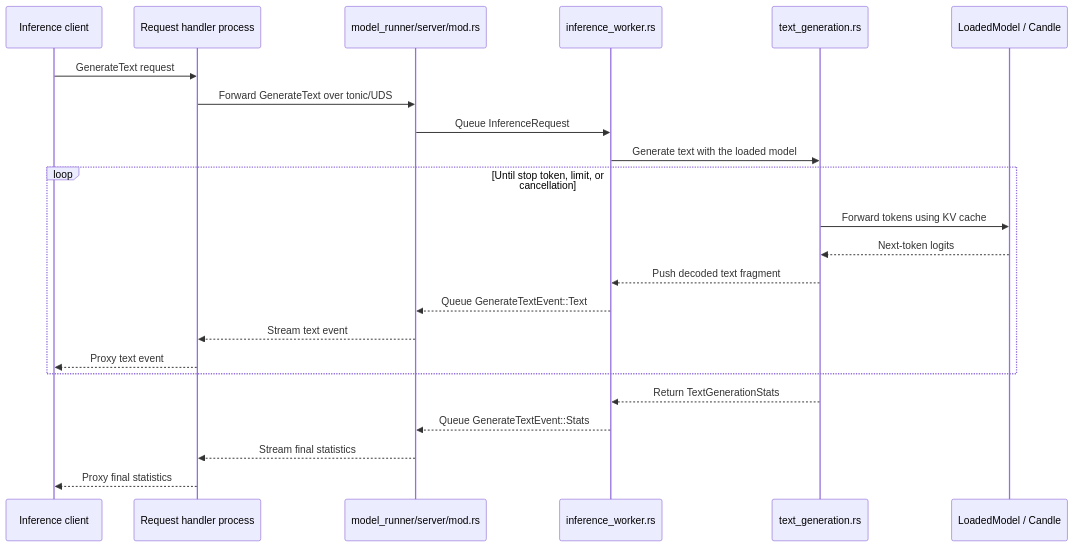
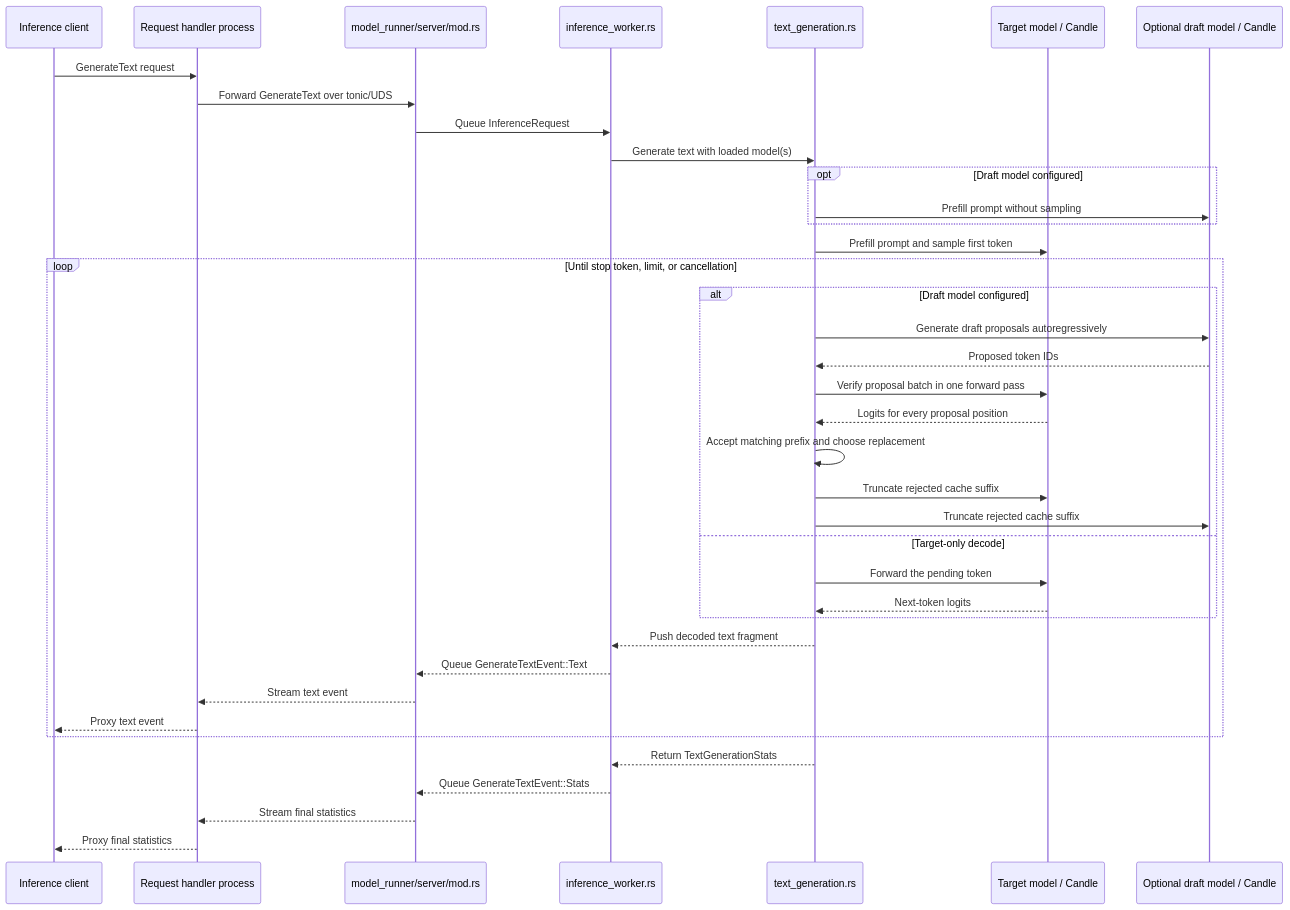
The second of 2 diagrams in src/model_runner/README.md (lun0522/mini-vllm-rs), drawn with Mermaid before and after one commit. The commit also changed other lines of this file and 2 other files, not shown here.

Commit message:
Docs: Refresh runtime and architecture documentation
- Explain the two-process serving design and outline its future evolution.
- Document Candle’s CPU thread-count environment variables.
- Update model-loader documentation for metadata-driven KV-cache allocation.
- Expand the model-runner flow to cover configurable caches and speculative decoding.

````diff
--- a/src/model_runner/README.md
+++ b/src/model_runner/README.md
@@ -50,26 +55,41 @@
 ```mermaid
 sequenceDiagram
     participant Caller as Inference client
     participant Handler as Request handler process
     participant Rpc as model_runner/server/mod.rs
     participant Worker as inference_worker.rs
     participant Decode as text_generation.rs
-    participant Model as LoadedModel / Candle
+    participant Target as Target model / Candle
+    participant Draft as Optional draft model / Candle
 
     Caller->>Handler: GenerateText request
     Handler->>Rpc: Forward GenerateText over tonic/UDS
     Rpc->>Worker: Queue InferenceRequest
-    Worker->>Decode: Generate text with the loaded model
+    Worker->>Decode: Generate text with loaded model(s)
+    opt Draft model configured
+        Decode->>Draft: Prefill prompt without sampling
+    end
+    Decode->>Target: Prefill prompt and sample first token
     loop Until stop token, limit, or cancellation
-        Decode->>Model: Forward tokens using KV cache
-        Model-->>Decode: Next-token logits
+        alt Draft model configured
+            Decode->>Draft: Generate draft proposals autoregressively
+            Draft-->>Decode: Proposed token IDs
+            Decode->>Target: Verify proposal batch in one forward pass
+            Target-->>Decode: Logits for every proposal position
+            Decode->>Decode: Accept matching prefix and choose replacement
+            Decode->>Target: Truncate rejected cache suffix
+            Decode->>Draft: Truncate rejected cache suffix
+        else Target-only decode
+            Decode->>Target: Forward the pending token
+            Target-->>Decode: Next-token logits
+        end
         Decode-->>Worker: Push decoded text fragment
         Worker-->>Rpc: Queue GenerateTextEvent::Text
         Rpc-->>Handler: Stream text event
         Handler-->>Caller: Proxy text event
     end
     Decode-->>Worker: Return TextGenerationStats
     Worker-->>Rpc: Queue GenerateTextEvent::Stats
     Rpc-->>Handler: Stream final statistics
     Handler-->>Caller: Proxy final statistics
 ```
````
